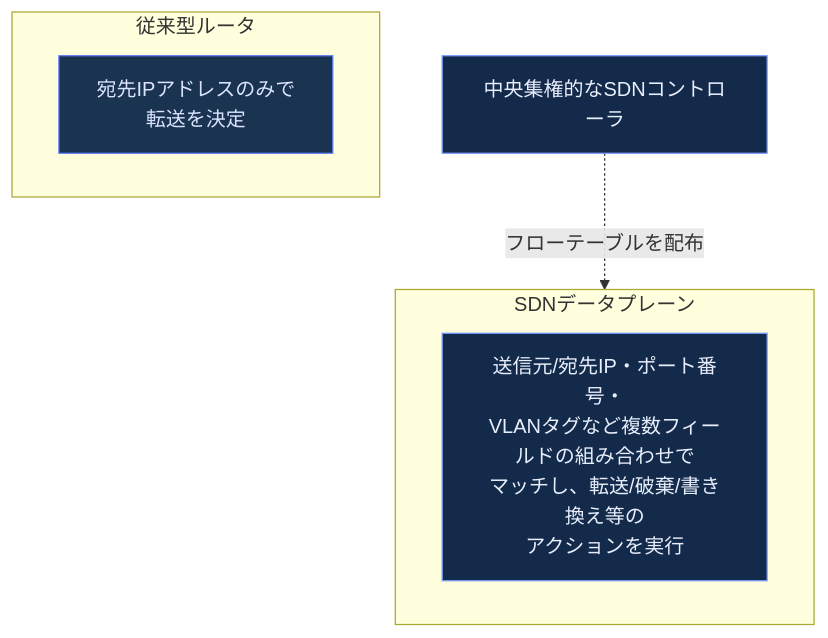
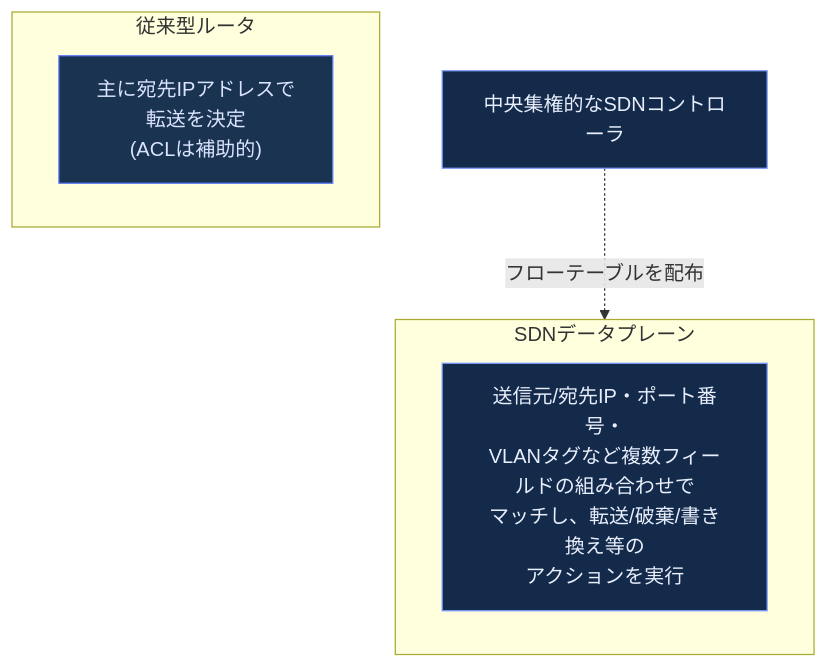
Before and after one commit to myoshi2891/Cloud-Infrastructure-Studies: diagram 21 of 41 in Computer-networking-topdown-guide.md, drawn with Mermaid. The commit also changed other lines of this file, not shown here.

Commit message:
docs(networking): clarify traditional router forwarding vs SDN data plane in top-down guide

````diff
--- a/Computer-networking-topdown-guide.md
+++ b/Computer-networking-topdown-guide.md
@@ -618,15 +618,15 @@
 ```mermaid
 flowchart TB
     subgraph TRADITIONAL["従来型ルータ"]
-        T1["宛先IPアドレスのみで<br/>転送を決定"]
+        T1["主に宛先IPアドレスで<br/>転送を決定<br/>(ACLは補助的)"]
     end
     subgraph SDN_DP["SDNデータプレーン"]
         S1["送信元/宛先IP・ポート番号・<br/>VLANタグなど複数フィールドの組み合わせで<br/>マッチし、転送/破棄/書き換え等の<br/>アクションを実行"]
     end
     CONTROLLER["中央集権的なSDNコントローラ"] -.フローテーブルを配布.-> SDN_DP
 
     classDef tradFill fill:#1a3350,stroke:#5c7cfa,color:#dbe4ff
     classDef sdnFill fill:#132a4a,stroke:#7c9eff,color:#e8eefc
     class T1 tradFill
     class S1,CONTROLLER sdnFill
 ```
````
